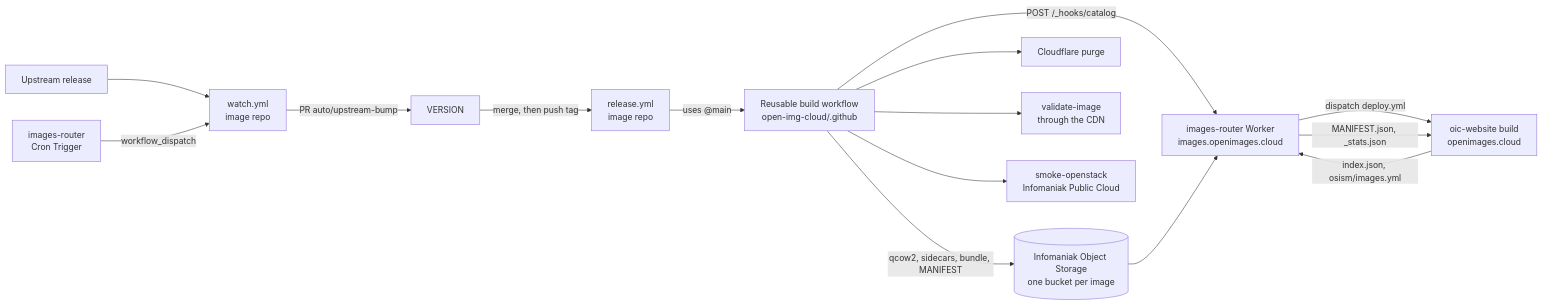
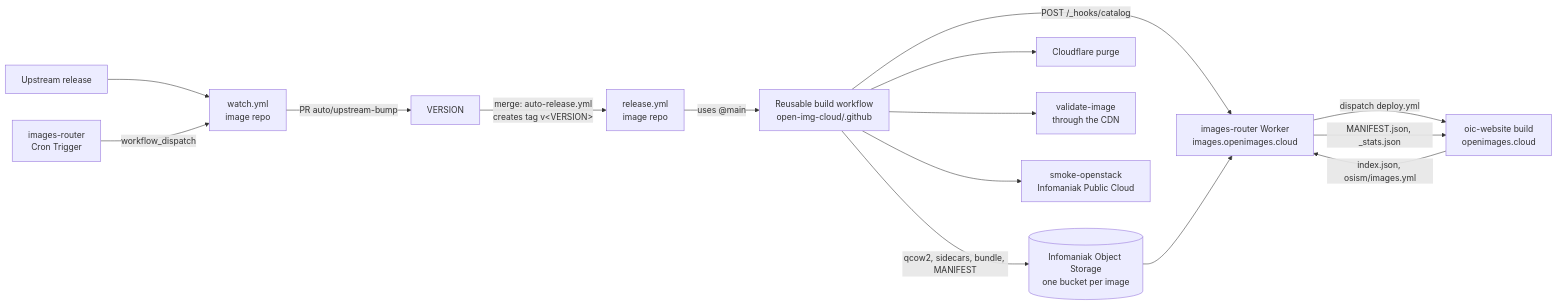
One commit to open-img-cloud/docs changed the diagram in docs/architecture.md. Above: the diagram before and after it, drawn with Mermaid. The commit also changed other lines of this file and 11 other files, not shown here.

````diff
--- a/docs/architecture.md
+++ b/docs/architecture.md
@@ -8,17 +8,17 @@
 ```mermaid
 flowchart LR
   UP[Upstream release] --> W[watch.yml<br/>image repo]
   CRON[images-router<br/>Cron Trigger] -->|workflow_dispatch| W
   W -->|PR auto/upstream-bump| V[VERSION]
-  V -->|merge, then push tag| R[release.yml<br/>image repo]
+  V -->|merge: auto-release.yml<br/>creates tag v&lt;VERSION&gt;| R[release.yml<br/>image repo]
   R -->|uses @main| B[Reusable build workflow<br/>open-img-cloud/.github]
   B -->|qcow2, sidecars, bundle, MANIFEST| S[(Infomaniak Object Storage<br/>one bucket per image)]
   B --> P[Cloudflare purge]
   B --> VAL[validate-image<br/>through the CDN]
   B --> SM[smoke-openstack<br/>Infomaniak Public Cloud]
   B -->|POST /_hooks/catalog| IR
   S --> IR[images-router Worker<br/>images.openimages.cloud]
   IR -->|dispatch deploy.yml| WEB[oic-website build<br/>openimages.cloud]
   IR -->|MANIFEST.json, _stats.json| WEB
   WEB -->|index.json, osism/images.yml| IR
 ```
````
